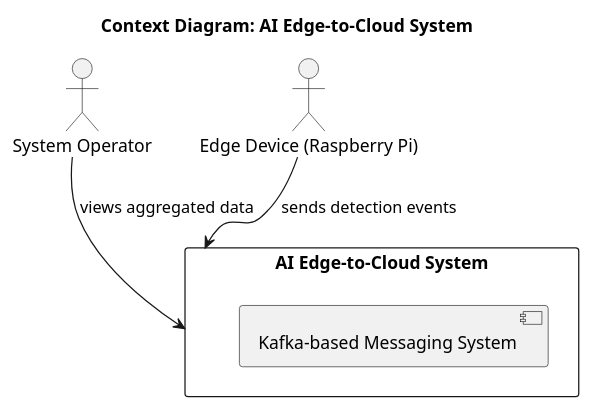
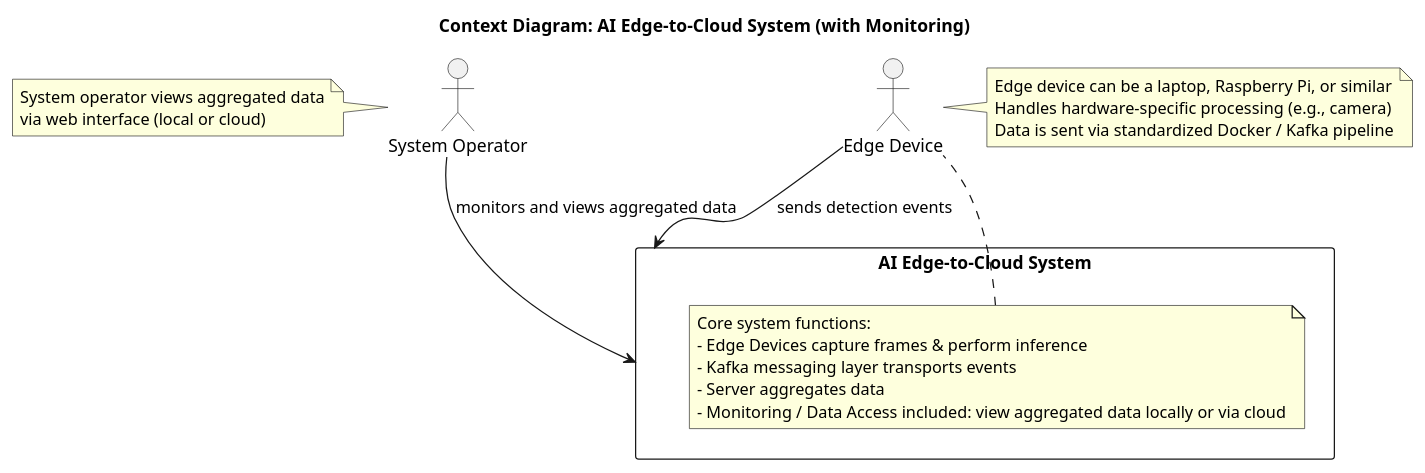
Before and after one commit to f-kittenberger/25imc-ai-edge-to-cloud: the diagram in docs/uml/context-diagram.puml, drawn with PlantUML. The commit also changed other lines of this file and 41 other files, not shown here.

```diff
--- a/docs/uml/context-diagram.puml
+++ b/docs/uml/context-diagram.puml
@@ -1,14 +1,38 @@
 @startuml
-title Context Diagram: AI Edge-to-Cloud System
+title Context Diagram: AI Edge-to-Cloud System (with Monitoring)
 
 actor "System Operator" as User
-actor "Edge Device (Raspberry Pi)" as Edge
+actor "Edge Device" as Edge
 
 rectangle "AI Edge-to-Cloud System" as System {
-  component "Kafka-based Messaging System" as Kafka
+
+    note top
+    Core system functions:
+    - Edge Devices capture frames & perform inference
+    - Kafka messaging layer transports events
+    - Server aggregates data
+    - Monitoring / Data Access included: view aggregated data locally or via cloud
+    end note
 }
 
+' --------------------
+' Interactions
+' --------------------
 Edge --> System : sends detection events
-User --> System : views aggregated data
+User --> System : monitors and views aggregated data
+
+' --------------------
+' Notes
+' --------------------
+note right of Edge
+Edge device can be a laptop, Raspberry Pi, or similar
+Handles hardware-specific processing (e.g., camera)
+Data is sent via standardized Docker / Kafka pipeline
+end note
+
+note left of User
+System operator views aggregated data
+via web interface (local or cloud)
+end note
 
 @enduml
```
